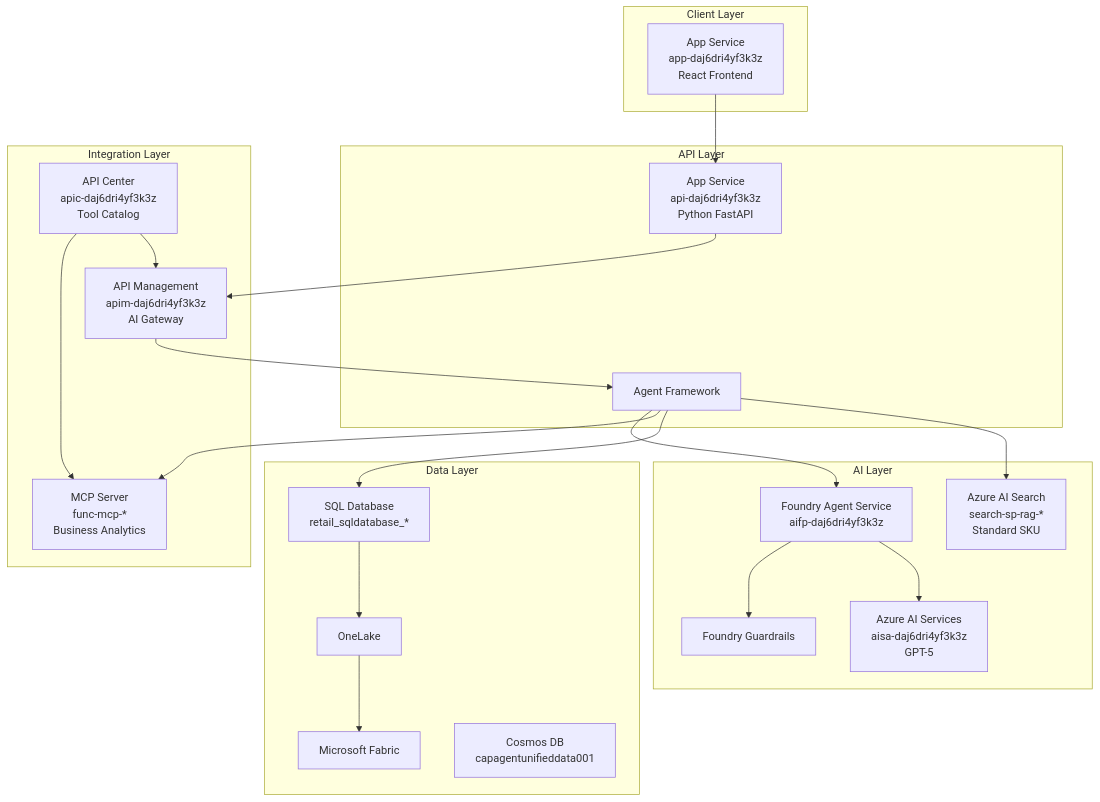
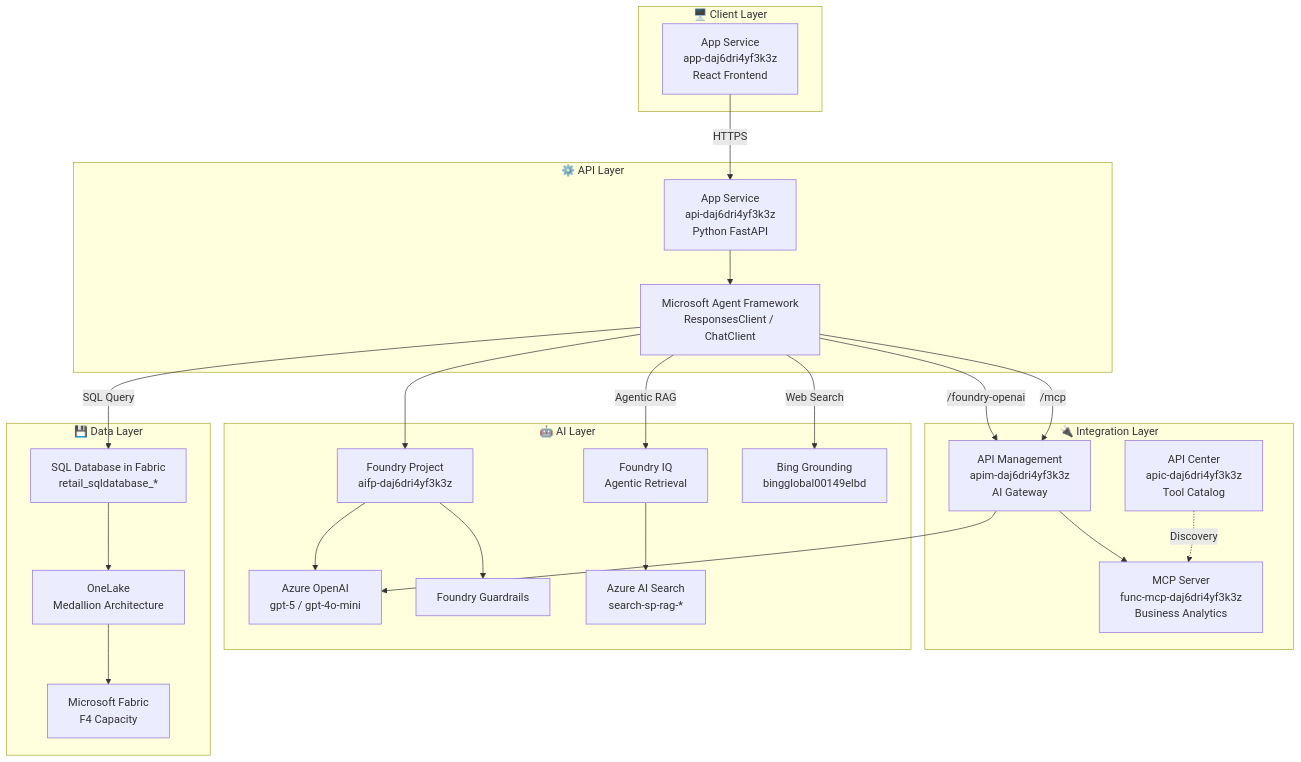
One commit to naoki1213mj/fabric-foundry-agentic-starter changed the diagram in ARCHITECTURE.md. Above: the diagram before and after it, drawn with Mermaid. The commit also changed other lines of this file and 1 other file, not shown here.

First line of the commit message:
docs: Update ARCHITECTURE.md with detailed ASCII architecture diagrams

````diff
--- a/ARCHITECTURE.md
+++ b/ARCHITECTURE.md
@@ -25,45 +196,49 @@
 ```mermaid
 graph TB
-    subgraph Client["Client Layer"]
+    subgraph Client["🖥️ Client Layer"]
         WEB["App Service<br/>app-daj6dri4yf3k3z<br/>React Frontend"]
     end
 
-    subgraph API["API Layer"]
+    subgraph API["⚙️ API Layer"]
         ACA["App Service<br/>api-daj6dri4yf3k3z<br/>Python FastAPI"]
-        MAF["Agent Framework"]
+        MAF["Microsoft Agent Framework<br/>ResponsesClient / ChatClient"]
     end
 
-    subgraph AI["AI Layer"]
-        FAS["Foundry Agent Service<br/>aifp-daj6dri4yf3k3z"]
-        FG["Foundry Guardrails"]
-        OAI["Azure AI Services<br/>aisa-daj6dri4yf3k3z<br/>GPT-5"]
-        SEARCH["Azure AI Search<br/>search-sp-rag-*<br/>Standard SKU"]
+    subgraph Integration["🔌 Integration Layer"]
+        APIM["API Management<br/>apim-daj6dri4yf3k3z<br/>AI Gateway"]
+        APIC["API Center<br/>apic-daj6dri4yf3k3z<br/>Tool Catalog"]
+        MCP["MCP Server<br/>func-mcp-daj6dri4yf3k3z<br/>Business Analytics"]
     end
 
-    subgraph Integration["Integration Layer"]
-        APIM["API Management<br/>apim-daj6dri4yf3k3z<br/>AI Gateway"]
-        APIC["API Center<br/>apic-daj6dri4yf3k3z<br/>Tool Catalog"]
-        MCP["MCP Server<br/>func-mcp-*<br/>Business Analytics"]
+    subgraph AI["🤖 AI Layer"]
+        FAS["Foundry Project<br/>aifp-daj6dri4yf3k3z"]
+        OAI["Azure OpenAI<br/>gpt-5 / gpt-4o-mini"]
+        FIQ["Foundry IQ<br/>Agentic Retrieval"]
+        BING["Bing Grounding<br/>bingglobal00149elbd"]
+        FG["Foundry Guardrails"]
+        SEARCH["Azure AI Search<br/>search-sp-rag-*"]
     end
 
-    subgraph Data["Data Layer"]
-        FABRIC["Microsoft Fabric"]
-        SQLDB["SQL Database<br/>retail_sqldatabase_*"]
-        ONELAKE["OneLake"]
-        COSMOS["Cosmos DB<br/>capagentunifieddata001"]
+    subgraph Data["💾 Data Layer"]
+        FABRIC["Microsoft Fabric<br/>F4 Capacity"]
+        SQLDB["SQL Database in Fabric<br/>retail_sqldatabase_*"]
+        ONELAKE["OneLake<br/>Medallion Architecture"]
     end
 
-    WEB --> ACA
-    ACA --> APIM
-    APIM --> MAF
+    WEB -->|HTTPS| ACA
+    ACA --> MAF
+    MAF -->|/foundry-openai| APIM
+    APIM --> OAI
     MAF --> FAS
     FAS --> FG
     FAS --> OAI
-    MAF --> MCP
-    MAF --> SQLDB
-    MAF --> SEARCH
-    APIC --> MCP
-    APIC --> APIM
+    MAF -->|SQL Query| SQLDB
+    MAF -->|Agentic RAG| FIQ
+    FIQ --> SEARCH
+    MAF -->|Web Search| BING
+    MAF -->|/mcp| APIM
+    APIM --> MCP
+    APIC -.->|Discovery| MCP
     SQLDB --> ONELAKE
     ONELAKE --> FABRIC
 ```
````
